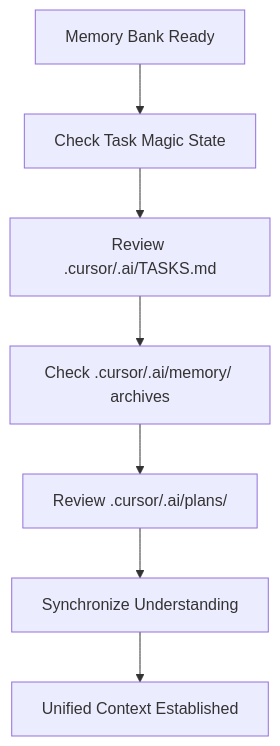
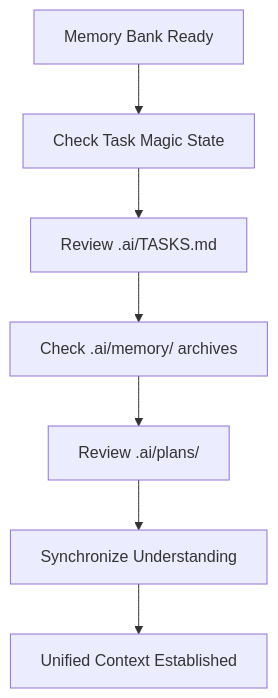
Before and after one commit to louisfghbvc/coverity-agent: the fourth of 18 diagrams in .cursor/rules/unified-workflow.md, drawn with Mermaid. The commit also changed other lines of this file and 5 other files, not shown here.

````diff
--- a/.cursor/rules/unified-workflow.md
+++ b/.cursor/rules/unified-workflow.md
@@ -96,9 +96,9 @@
 ```mermaid
 flowchart TD
     MB_Ready[Memory Bank Ready] --> TM_Check[Check Task Magic State]
-    TM_Check --> ActiveTasks[Review .cursor/.ai/TASKS.md]
-    ActiveTasks --> History[Check .cursor/.ai/memory/ archives]
-    History --> Plans[Review .cursor/.ai/plans/]
+    TM_Check --> ActiveTasks[Review .ai/TASKS.md]
+    ActiveTasks --> History[Check .ai/memory/ archives]
+    History --> Plans[Review .ai/plans/]
     Plans --> Sync[Synchronize Understanding]
     Sync --> Unified[Unified Context Established]
 ```
````
